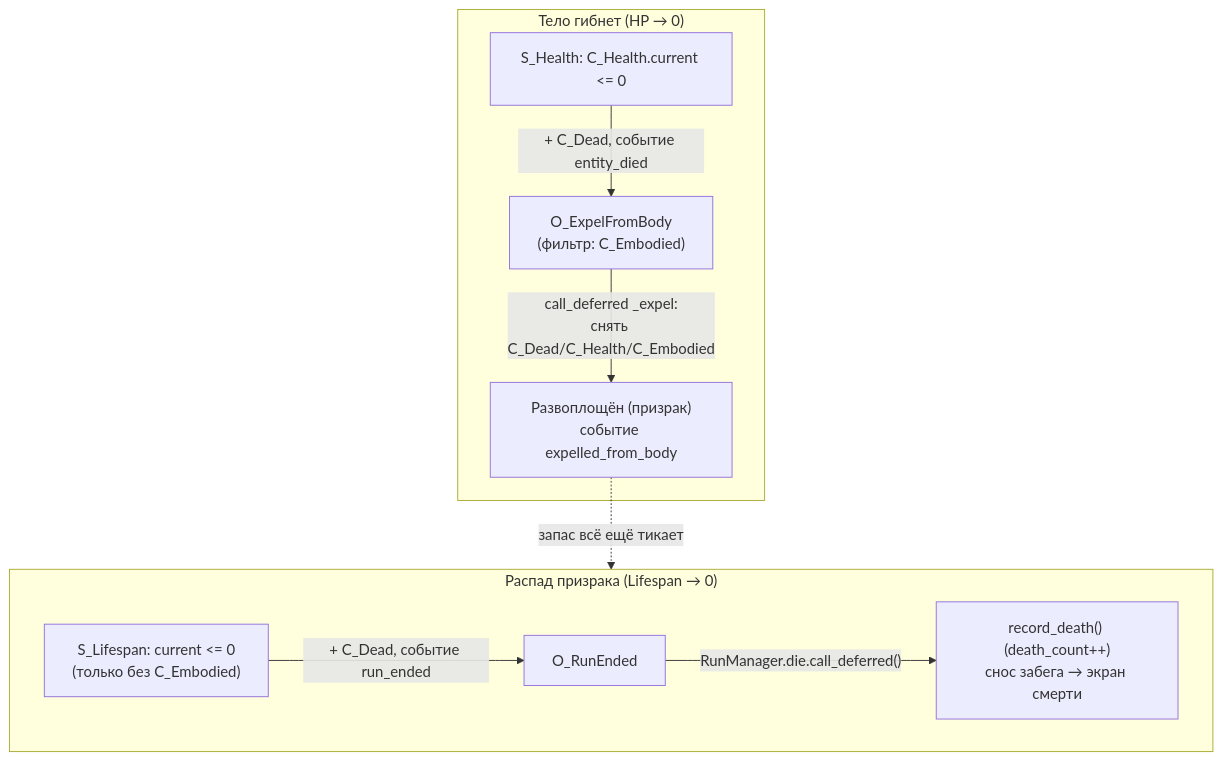
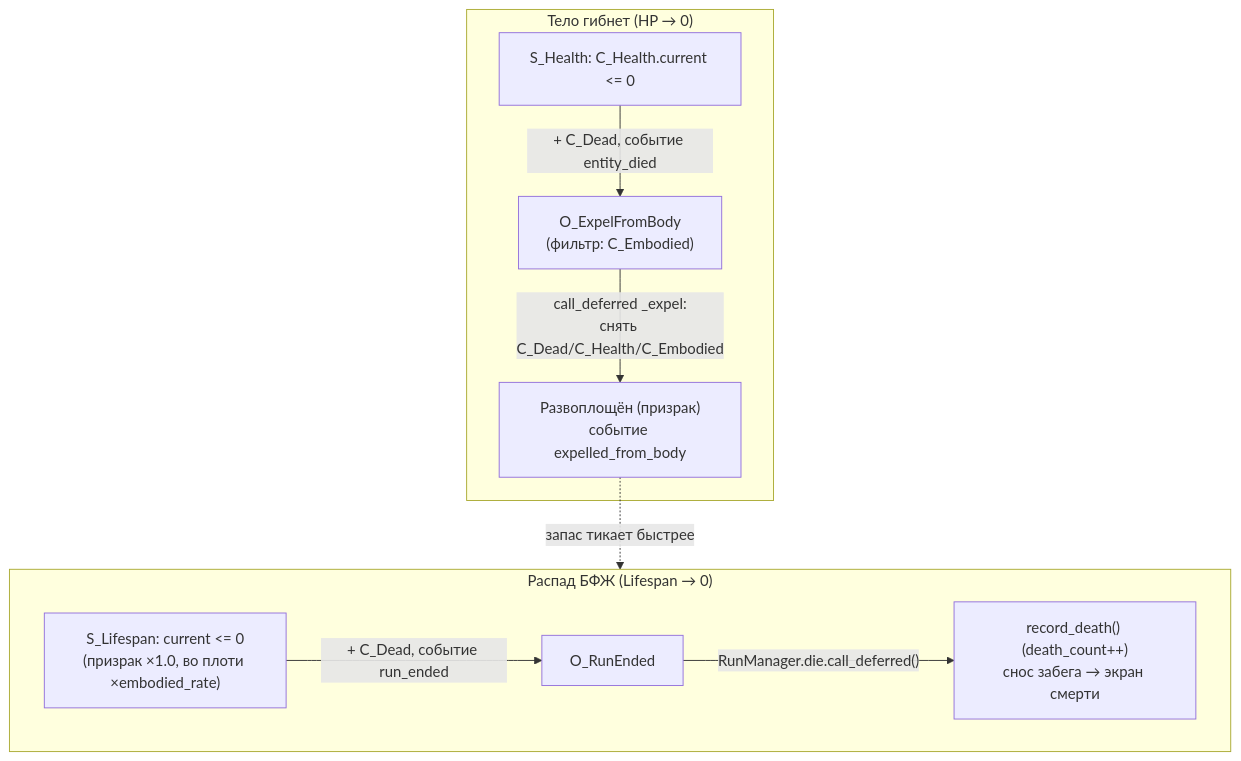
One commit to Manshooo/astral-genesis changed the second of 2 diagrams in docs/astral-genesis/how-to/Захват тела.md. Above: the diagram before and after it, drawn with Mermaid. The commit also changed other lines of this file and 54 other files, not shown here.

````diff
--- a/docs/astral-genesis/how-to/Захват тела.md
+++ b/docs/astral-genesis/how-to/Захват тела.md
@@ -82,14 +87,14 @@
 ```mermaid
 flowchart TD
     subgraph body["Тело гибнет (HP → 0)"]
         h["S_Health: C_Health.current <= 0"] -->|"+ C_Dead, событие entity_died"| oe["O_ExpelFromBody<br/>(фильтр: C_Embodied)"]
         oe -->|"call_deferred _expel:<br/>снять C_Dead/C_Health/C_Embodied"| ghost["Развоплощён (призрак)<br/>событие expelled_from_body"]
     end
 
-    subgraph decay["Распад призрака (Lifespan → 0)"]
-        sl["S_Lifespan: current <= 0<br/>(только без C_Embodied)"] -->|"+ C_Dead, событие run_ended"| ore["O_RunEnded"]
+    subgraph decay["Распад БФЖ (Lifespan → 0)"]
+        sl["S_Lifespan: current <= 0<br/>(призрак ×1.0, во плоти ×embodied_rate)"] -->|"+ C_Dead, событие run_ended"| ore["O_RunEnded"]
         ore -->|"RunManager.die.call_deferred()"| die["record_death() (death_count++)<br/>снос забега → экран смерти"]
     end
 
-    ghost -.->|"запас всё ещё тикает"| decay
+    ghost -.->|"запас тикает быстрее"| decay
 ```
````
